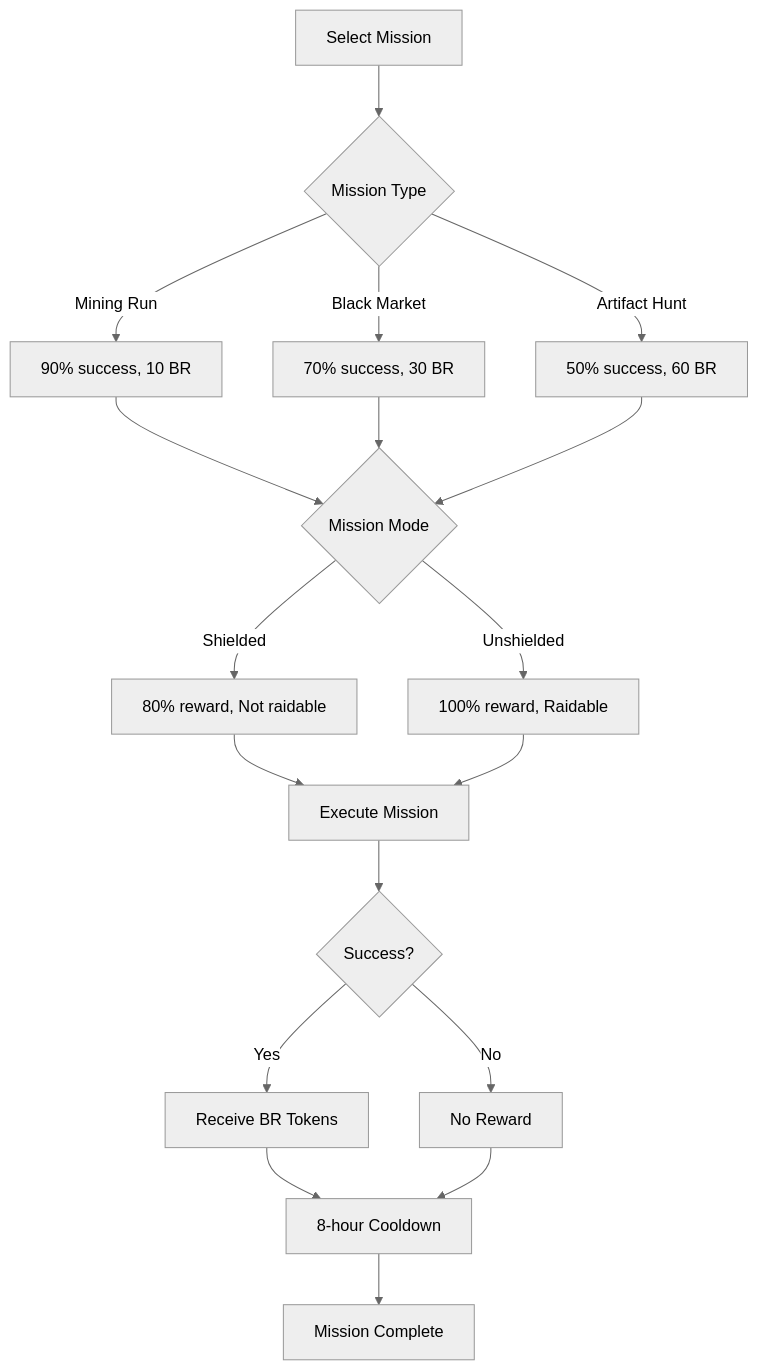
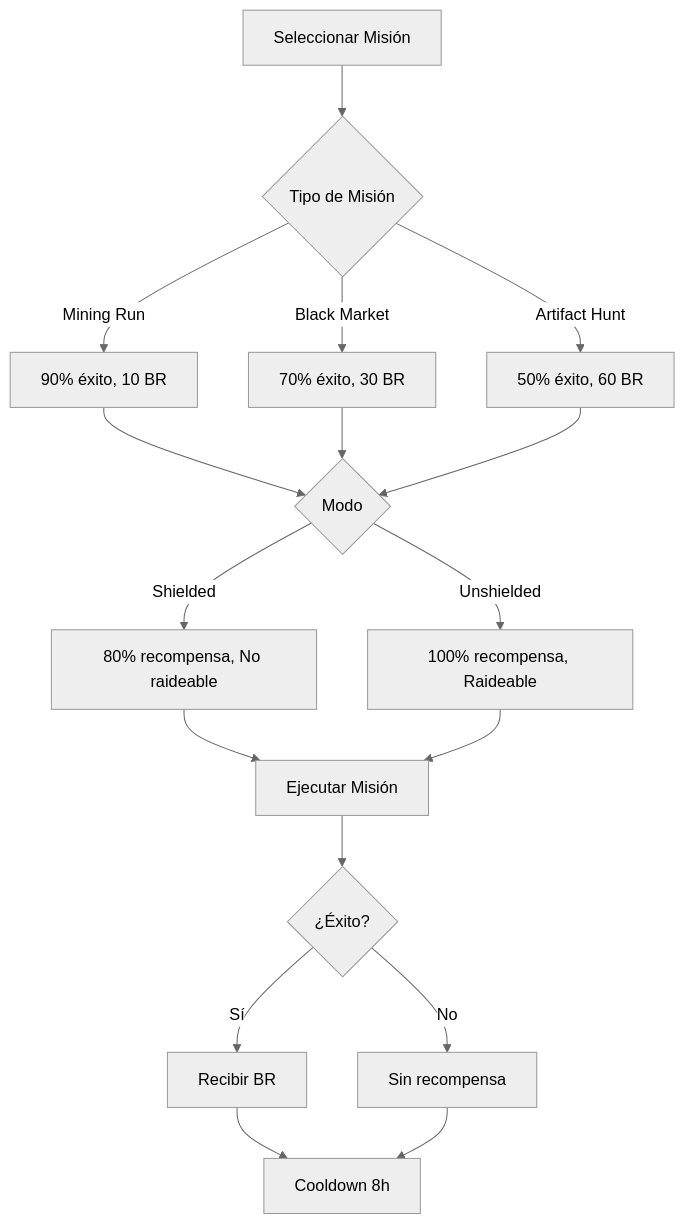
One commit to MaliosDark/Astro-Ops changed the second of 5 diagrams in README.md. Above: the diagram before and after it, drawn with Mermaid (neutral theme). The commit also changed other lines of this file, not shown here.

````diff
--- a/README.md
+++ b/README.md
@@ -345,26 +280,24 @@
 ```mermaid
 flowchart TD
-    A[Select Mission] --> B{Mission Type}
-    B -->|Mining Run| C[90% success, 10 BR]
-    B -->|Black Market| D[70% success, 30 BR]
-    B -->|Artifact Hunt| E[50% success, 60 BR]
+    A[Seleccionar Misión] --> B{Tipo de Misión}
+    B -->|Mining Run| C[90% éxito, 10 BR]
+    B -->|Black Market| D[70% éxito, 30 BR]
+    B -->|Artifact Hunt| E[50% éxito, 60 BR]
     
-    C --> F{Mission Mode}
+    C --> F{Modo}
     D --> F
     E --> F
     
-    F -->|Shielded| G[80% reward, Not raidable]
-    F -->|Unshielded| H[100% reward, Raidable]
+    F -->|Shielded| G[80% recompensa, No raideable]
+    F -->|Unshielded| H[100% recompensa, Raideable]
     
-    G --> I[Execute Mission]
+    G --> I[Ejecutar Misión]
     H --> I
     
-    I --> J{Success?}
-    J -->|Yes| K[Receive BR Tokens]
-    J -->|No| L[No Reward]
+    I --> J{¿Éxito?}
+    J -->|Sí| K[Recibir BR]
+    J -->|No| L[Sin recompensa]
     
-    K --> M[8-hour Cooldown]
+    K --> M[Cooldown 8h]
     L --> M
-    
-    M --> N[Mission Complete]
 ```
````
